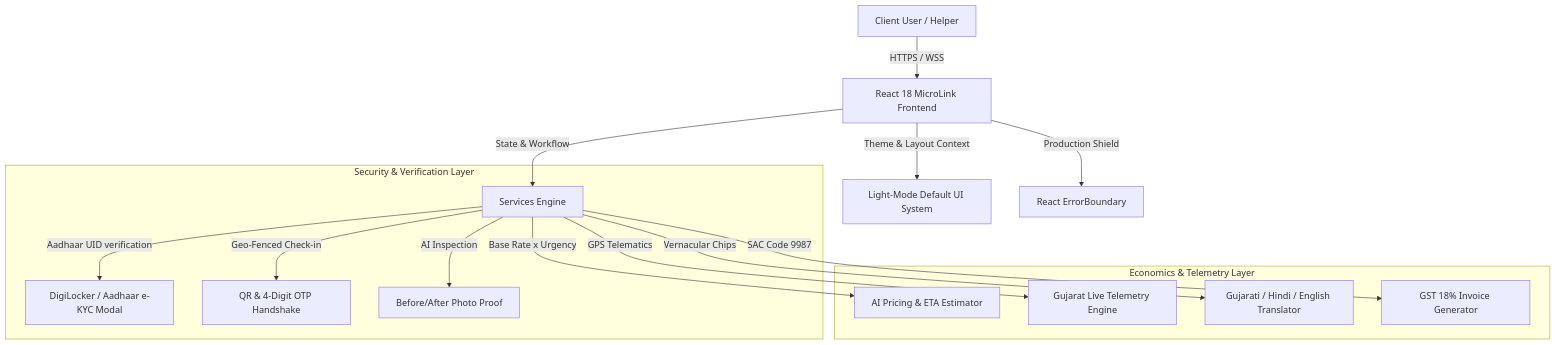
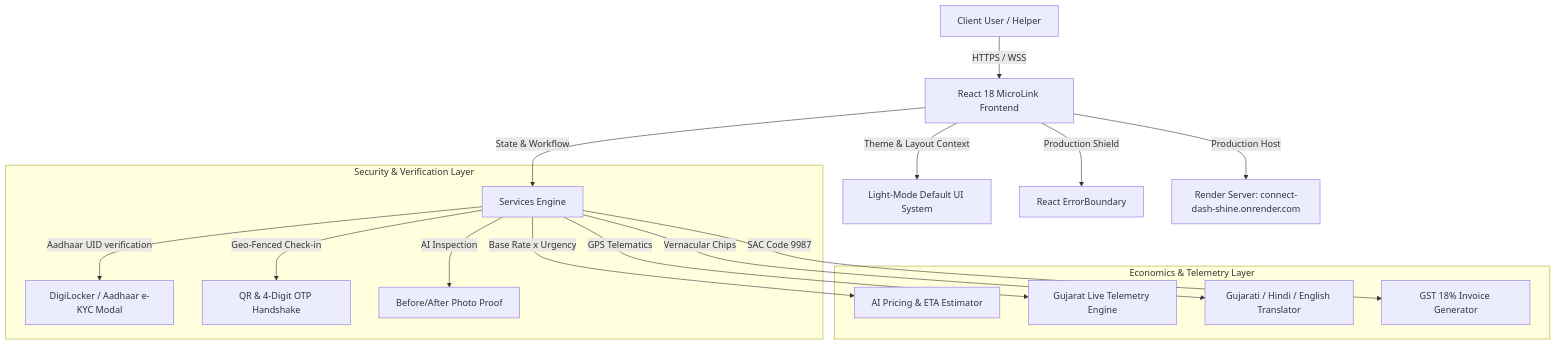
One commit to 12402040601079-hub/connect-dash-shine changed the diagram in DOCUMENTATION.md. Above: the diagram before and after it, drawn with Mermaid. The commit also changed other lines of this file and 2 other files, not shown here.

Commit message:
docs: add primary server URL https://connect-dash-shine.onrender.com to package.json, README, and DOCUMENTATION

````diff
--- a/DOCUMENTATION.md
+++ b/DOCUMENTATION.md
@@ -10,21 +13,22 @@
 ```mermaid
 graph TD
     A[Client User / Helper] -->|HTTPS / WSS| B[React 18 MicroLink Frontend]
     B -->|Theme & Layout Context| C[Light-Mode Default UI System]
     B -->|State & Workflow| D[Services Engine]
     
     subgraph Security & Verification Layer
         D -->|Aadhaar UID verification| E[DigiLocker / Aadhaar e-KYC Modal]
         D -->|Geo-Fenced Check-in| F[QR & 4-Digit OTP Handshake]
         D -->|AI Inspection| G[Before/After Photo Proof]
     end
 
     subgraph Economics & Telemetry Layer
         D -->|Base Rate x Urgency| H[AI Pricing & ETA Estimator]
         D -->|GPS Telematics| I[Gujarat Live Telemetry Engine]
         D -->|Vernacular Chips| J[Gujarati / Hindi / English Translator]
         D -->|SAC Code 9987| K[GST 18% Invoice Generator]
     end
 
     B -->|Production Shield| L[React ErrorBoundary]
+    B -->|Production Host| M[Render Server: connect-dash-shine.onrender.com]
 ```
````
